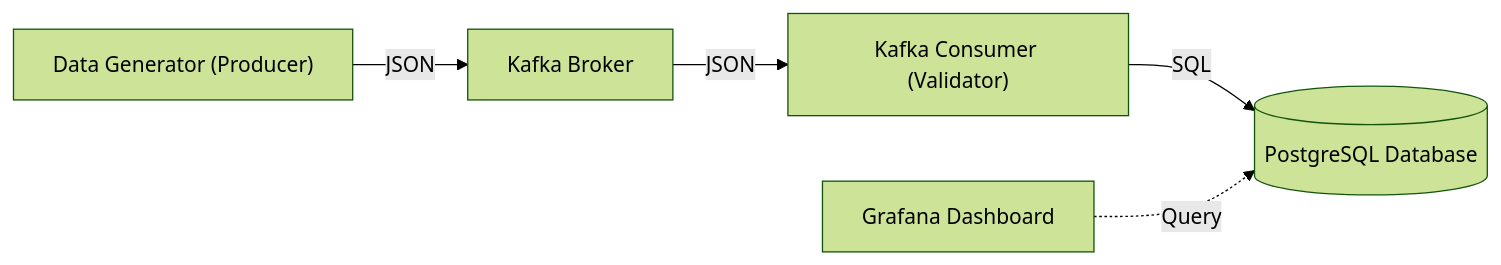
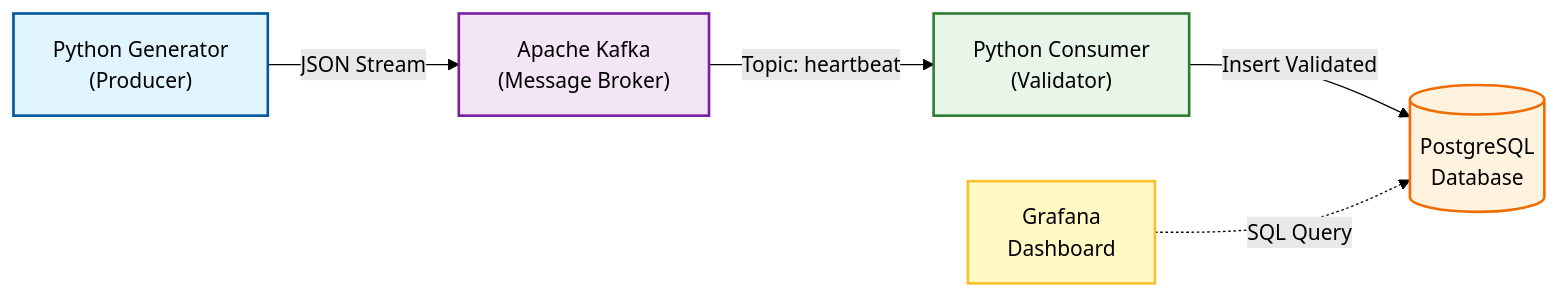
Before and after one commit to henryantwi/Mod-10-Real-Time-Customer-Heart-Beat-Monitoring-System: the diagram in README.md, drawn with Mermaid (forest theme).

Commit message:
docs: enhance architecture diagram with professional styling

````diff
--- a/README.md
+++ b/README.md
@@ -7,7 +7,22 @@
 ```mermaid
 flowchart LR
-    Generator["Data Generator (Producer)"] -->|JSON| Kafka["Kafka Broker"]
-    Kafka -->|JSON| Consumer["Kafka Consumer (Validator)"]
-    Consumer -->|SQL| DB[("PostgreSQL Database")]
-    Grafana["Grafana Dashboard"] -.->|Query| DB
+    %% Styles
+    classDef producer fill:#e1f5fe,stroke:#01579b,stroke-width:2px,color:#000
+    classDef kafka fill:#f3e5f5,stroke:#7b1fa2,stroke-width:2px,color:#000
+    classDef consumer fill:#e8f5e9,stroke:#2e7d32,stroke-width:2px,color:#000
+    classDef db fill:#fff3e0,stroke:#ef6c00,stroke-width:2px,color:#000,shape:cyl
+    classDef dashboard fill:#fff9c4,stroke:#fbc02d,stroke-width:2px,color:#000
+
+    %% Nodes
+    Generator["Python Generator\n(Producer)"]:::producer
+    Kafka["Apache Kafka\n(Message Broker)"]:::kafka
+    Consumer["Python Consumer\n(Validator)"]:::consumer
+    DB[("PostgreSQL\nDatabase")]:::db
+    Grafana["Grafana\nDashboard"]:::dashboard
+
+    %% Flow
+    Generator -->|JSON Stream| Kafka
+    Kafka -->|Topic: heartbeat| Consumer
+    Consumer -->|Insert Validated| DB
+    Grafana -.->|SQL Query| DB
 ```
````
